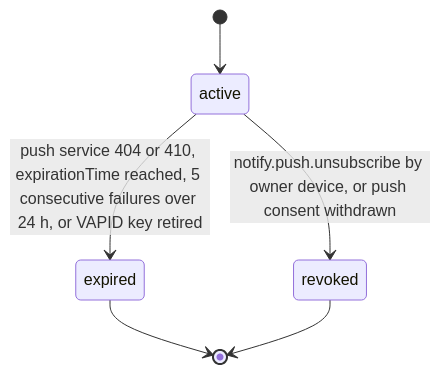
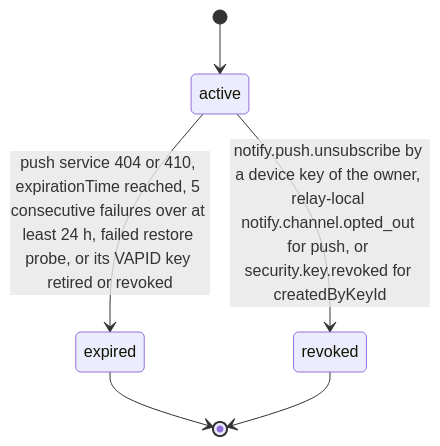
The first of 2 diagrams in 13_Notifications/01_delivery/mod_push/workflow_state_machine.md (djshellshoxxx/CLASSifiedisRUPTed), drawn with Mermaid before and after one commit. The commit also changed other lines of this file and 98 other files, not shown here.

````diff
--- a/13_Notifications/01_delivery/mod_push/workflow_state_machine.md
+++ b/13_Notifications/01_delivery/mod_push/workflow_state_machine.md
@@ -24,8 +25,8 @@
 ```mermaid
 stateDiagram-v2
   [*] --> active
-  active --> expired: push service 404 or 410, expirationTime reached, 5 consecutive failures over 24 h, or VAPID key retired
-  active --> revoked: notify.push.unsubscribe by owner device, or push consent withdrawn
+  active --> expired: push service 404 or 410, expirationTime reached, 5 consecutive failures over at least 24 h, failed restore probe, or its VAPID key retired or revoked
+  active --> revoked: notify.push.unsubscribe by a device key of the owner, relay-local notify.channel.opted_out for push, or security.key.revoked for createdByKeyId
   expired --> [*]
   revoked --> [*]
 ```
````
